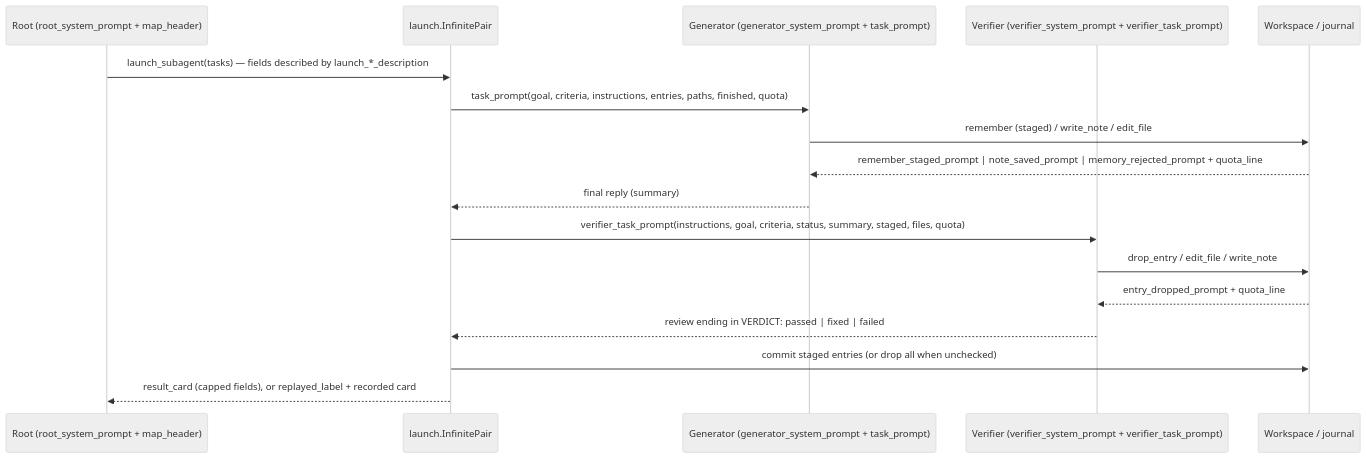
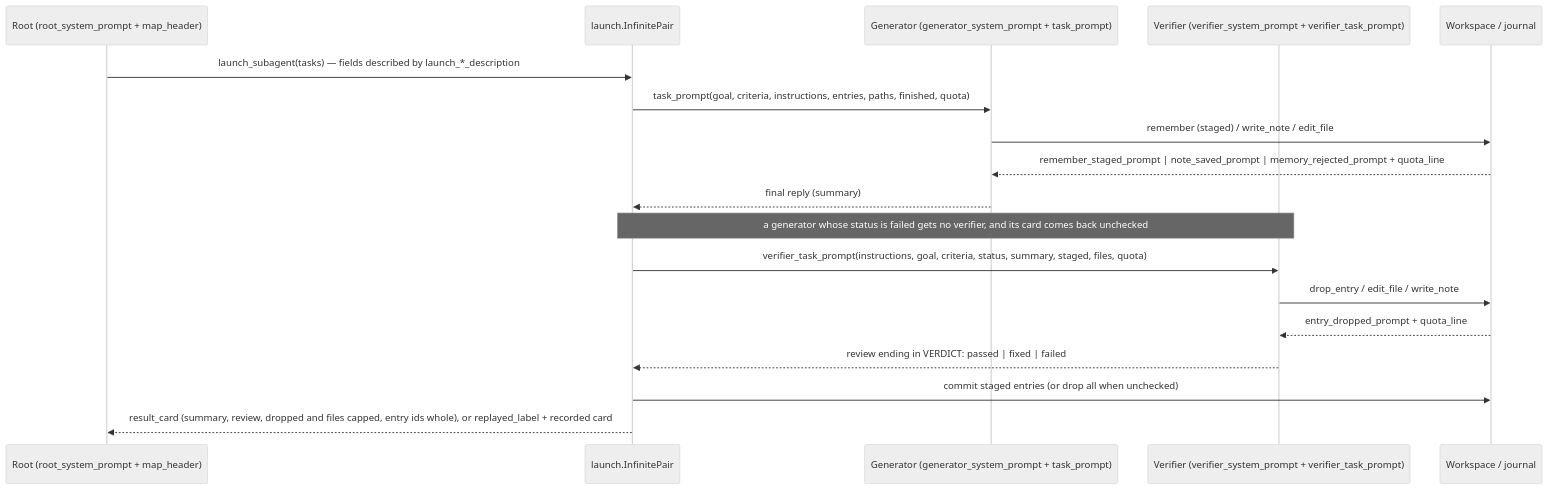
One commit to cerredz/Vidbyte-SDK changed the second of 2 diagrams in docs/spec/infinite-memory-prompts/spec.md. Above: the diagram before and after it, drawn with Mermaid (neutral theme). The commit also changed other lines of this file and 1 other file, not shown here.

````diff
--- a/docs/spec/infinite-memory-prompts/spec.md
+++ b/docs/spec/infinite-memory-prompts/spec.md
@@ -145,19 +148,20 @@
 ```mermaid
 sequenceDiagram
   participant R as Root (root_system_prompt + map_header)
   participant L as launch.InfinitePair
   participant G as Generator (generator_system_prompt + task_prompt)
   participant V as Verifier (verifier_system_prompt + verifier_task_prompt)
   participant W as Workspace / journal
   R->>L: launch_subagent(tasks) — fields described by launch_*_description
   L->>G: task_prompt(goal, criteria, instructions, entries, paths, finished, quota)
   G->>W: remember (staged) / write_note / edit_file
   W-->>G: remember_staged_prompt | note_saved_prompt | memory_rejected_prompt + quota_line
   G-->>L: final reply (summary)
+  Note over L,V: a generator whose status is failed gets no verifier, and its card comes back unchecked
   L->>V: verifier_task_prompt(instructions, goal, criteria, status, summary, staged, files, quota)
   V->>W: drop_entry / edit_file / write_note
   W-->>V: entry_dropped_prompt + quota_line
   V-->>L: review ending in VERDICT: passed | fixed | failed
   L->>W: commit staged entries (or drop all when unchecked)
-  L-->>R: result_card (capped fields), or replayed_label + recorded card
+  L-->>R: result_card (summary, review, dropped and files capped, entry ids whole), or replayed_label + recorded card
 ```
````
